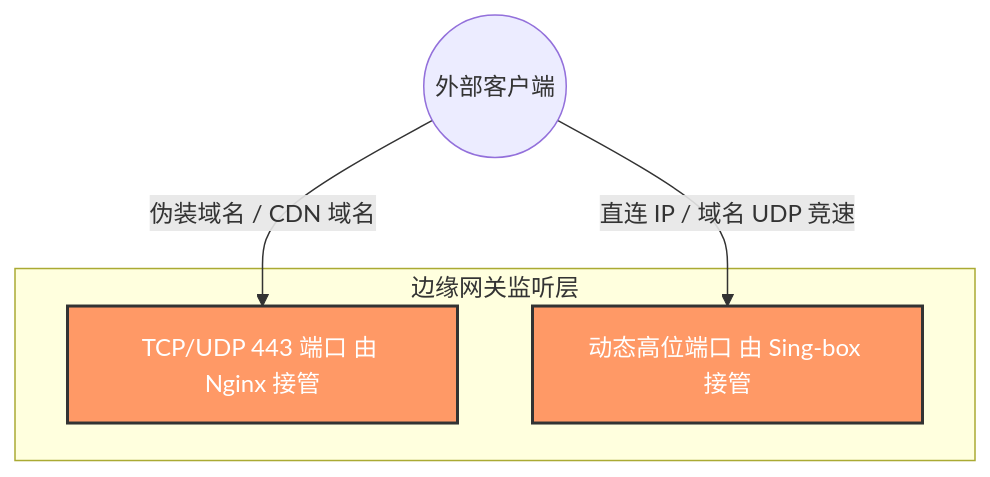
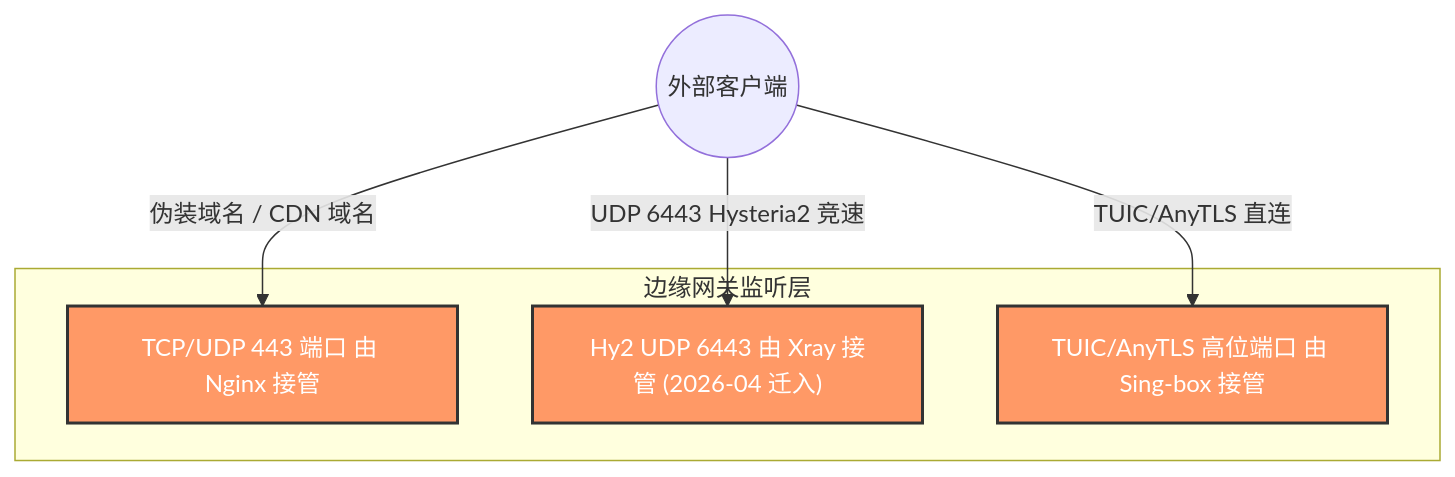
Before and after one commit to currycan/sb-xray: the second of 11 diagrams in docs/01-architecture-and-traffic.md, drawn with Mermaid. The commit also changed other lines of this file and 24 other files, not shown here.

````diff
--- a/docs/01-architecture-and-traffic.md
+++ b/docs/01-architecture-and-traffic.md
@@ -124,11 +126,13 @@
 ```mermaid
 graph TD
     User((外部客户端))
     subgraph 边缘网关监听层
         P443["TCP/UDP 443 端口 由 Nginx 接管"]:::entry
-        PHigh["动态高位端口 由 Sing-box 接管"]:::entry
+        PHy2["Hy2 UDP 6443 由 Xray 接管 (2026-04 迁入)"]:::entry
+        PHigh["TUIC/AnyTLS 高位端口 由 Sing-box 接管"]:::entry
     end
     User -->|"伪装域名 / CDN 域名"| P443
-    User -->|"直连 IP / 域名 UDP 竞速"| PHigh
+    User -->|"UDP 6443 Hysteria2 竞速"| PHy2
+    User -->|"TUIC/AnyTLS 直连"| PHigh
     classDef entry fill:#f96,stroke:#333,stroke-width:2px,color:white
 ```
````
